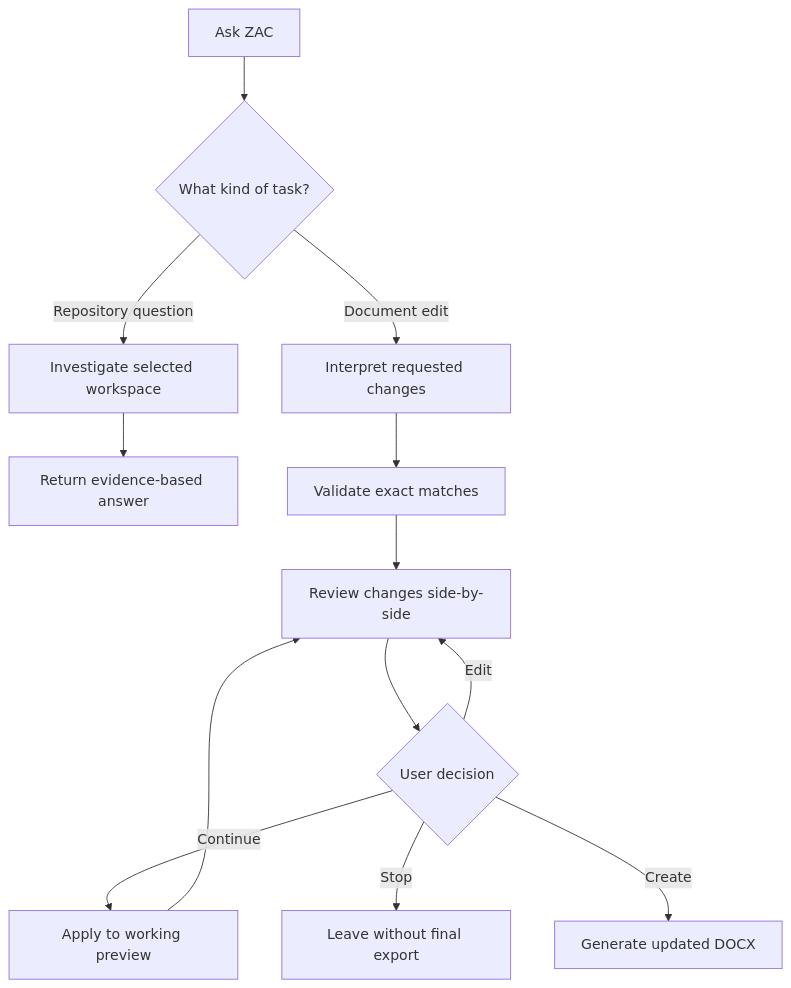
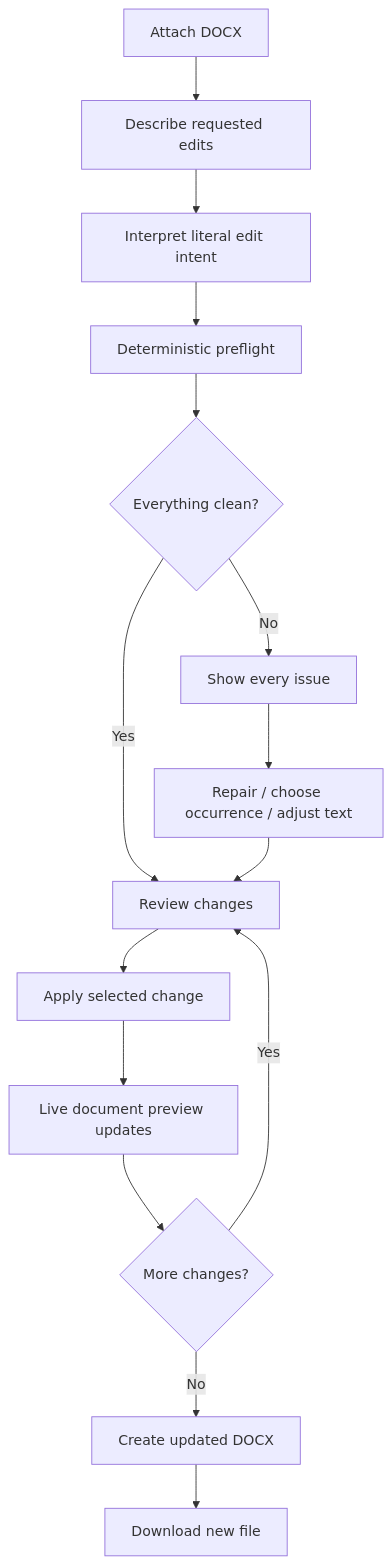
Before and after one commit to wilderruiz/zac_project: the second of 3 diagrams in README.md, drawn with Mermaid. The commit also changed other lines of this file, not shown here.

Commit message:
docs: showcase large-batch supervised DOCX workflows

```diff
--- a/README.md
+++ b/README.md
@@ -201,18 +90,20 @@
 ~~~mermaid
 flowchart TD
-    A[Ask ZAC] --> B{What kind of task?}
+    A[Attach DOCX] --> B[Describe requested edits]
+    B --> C[Interpret literal edit intent]
+    C --> D[Deterministic preflight]
+    D --> E{Everything clean?}
 
-    B -->|Repository question| C[Investigate selected workspace]
-    C --> D[Return evidence-based answer]
+    E -->|Yes| F[Review changes]
+    E -->|No| G[Show every issue]
+    G --> H[Repair / choose occurrence / adjust text]
+    H --> F
 
-    B -->|Document edit| E[Interpret requested changes]
-    E --> F[Validate exact matches]
-    F --> G[Review changes side-by-side]
-    G --> H{User decision}
+    F --> I[Apply selected change]
+    I --> J[Live document preview updates]
+    J --> K{More changes?}
 
-    H -->|Edit| G
-    H -->|Continue| I[Apply to working preview]
-    I --> G
-    H -->|Stop| J[Leave without final export]
-    H -->|Create| K[Generate updated DOCX]
+    K -->|Yes| F
+    K -->|No| L[Create updated DOCX]
+    L --> M[Download new file]
 ~~~
```
